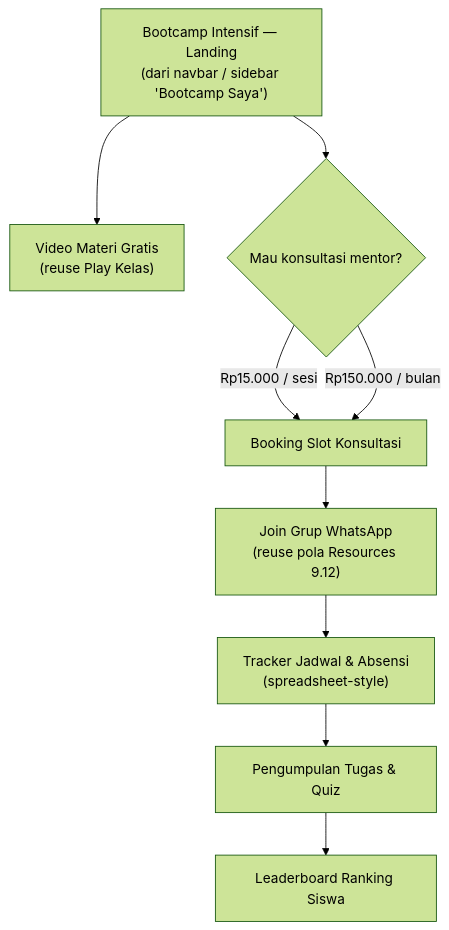
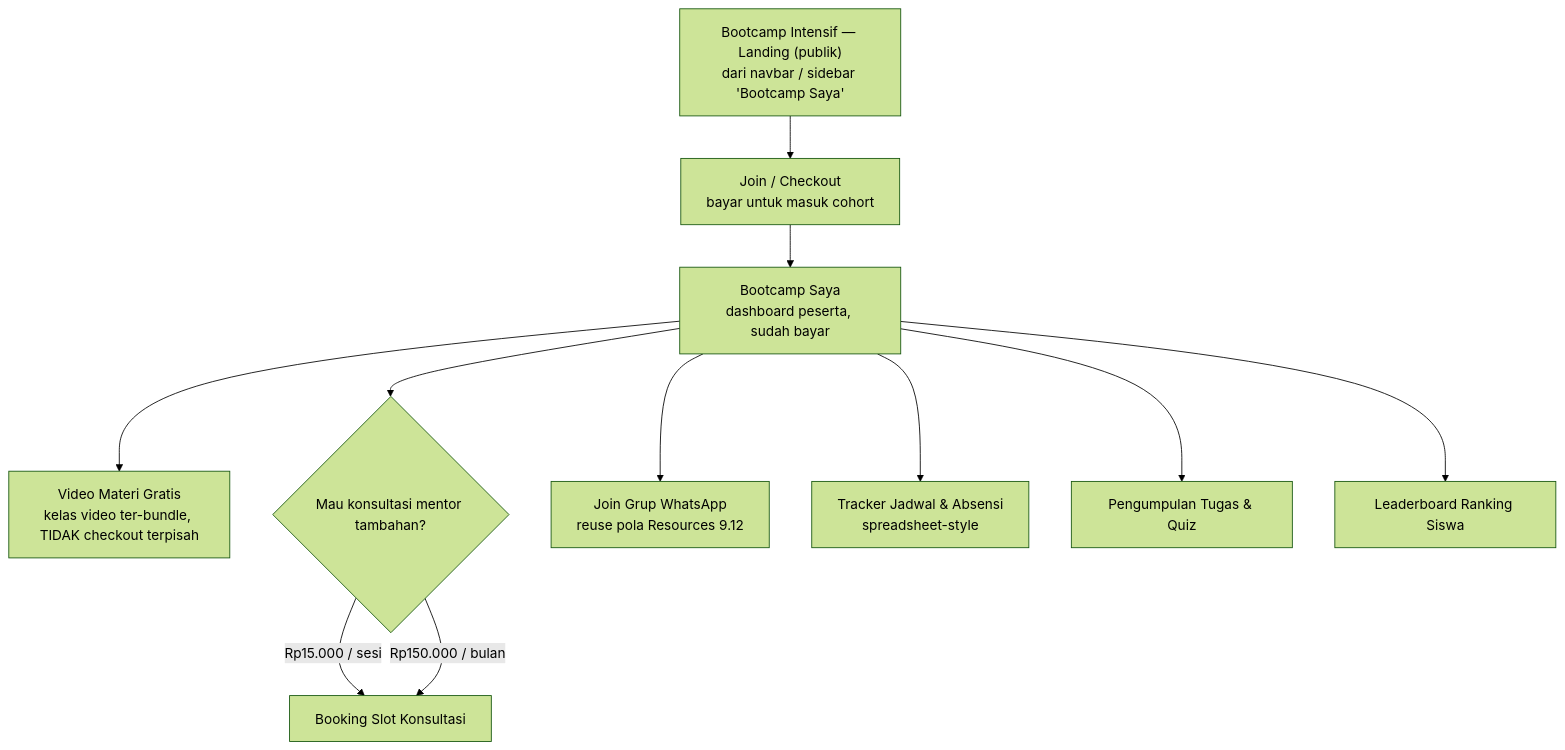
The fourth of 4 diagrams in Crygle Acadey Website/PRD/Crygle-Academy-PRD.md (hamzahikhsan/crygle-academy-website), drawn with Mermaid (forest theme) before and after one commit. The commit also changed other lines of this file, not shown here.

Commit message:
fix(docs): resolve long-standing PRD §10 ambiguity on Bootcamp 'Video Materi Gratis'
PRD §10 had flagged this exact ambiguity as an open business question since
before this session (line 395's original warning), then it got lost/forgotten
across later revisions until the user re-raised it directly. Clarified via
conversation with the user: 'gratis' means the paid Bootcamp package bundles
free access to the otherwise-separately-sold course videos — it is not a
pre-payment marketing funnel step. Consultation booking (Rp15rb/session or
Rp150rb/month) remains a separate paid add-on inside the paid area, unlike
video access.

Diagram 4 restructured: Landing (public) -> Join/Checkout (payment gate) ->
everything else (video bundle, booking, WA, jadwal, tugas, leaderboard) now
correctly sits inside the paid 'Bootcamp Saya' area instead of being shown
as pre-payment funnel steps. Table row 10.1 corrected to not overclaim the
new copy is already live (page exists, the specific bundling message text
does not yet) still needs business-owner sign-off, not just this session.

Claude-Session: https://claude.ai/code/session_019R9M4N2Z2LcFFujXEjMWeq

````diff
--- a/Crygle Acadey Website/PRD/Crygle-Academy-PRD.md
+++ b/Crygle Acadey Website/PRD/Crygle-Academy-PRD.md
@@ -373,11 +373,13 @@
 ```mermaid
 flowchart TD
-    A["Bootcamp Intensif — Landing<br/>(dari navbar / sidebar 'Bootcamp Saya')"] --> B["Video Materi Gratis<br/>(reuse Play Kelas)"]
-    A --> C{"Mau konsultasi mentor?"}
-    C -->|"Rp15.000 / sesi"| D["Booking Slot Konsultasi"]
-    C -->|"Rp150.000 / bulan"| D
-    D --> E["Join Grup WhatsApp<br/>(reuse pola Resources 9.12)"]
-    E --> F["Tracker Jadwal & Absensi<br/>(spreadsheet-style)"]
-    F --> G["Pengumpulan Tugas & Quiz"]
-    G --> H["Leaderboard Ranking Siswa"]
+    A["Bootcamp Intensif — Landing (publik)<br/>dari navbar / sidebar 'Bootcamp Saya'"] --> B["Join / Checkout<br/>bayar untuk masuk cohort"]
+    B --> C["Bootcamp Saya<br/>dashboard peserta, sudah bayar"]
+    C --> D["Video Materi Gratis<br/>kelas video ter-bundle, TIDAK checkout terpisah"]
+    C --> E{"Mau konsultasi mentor tambahan?"}
+    E -->|"Rp15.000 / sesi"| F["Booking Slot Konsultasi"]
+    E -->|"Rp150.000 / bulan"| F
+    C --> G["Join Grup WhatsApp<br/>reuse pola Resources 9.12"]
+    C --> H["Tracker Jadwal & Absensi<br/>spreadsheet-style"]
+    C --> I["Pengumpulan Tugas & Quiz"]
+    C --> J["Leaderboard Ranking Siswa"]
 ```
````
